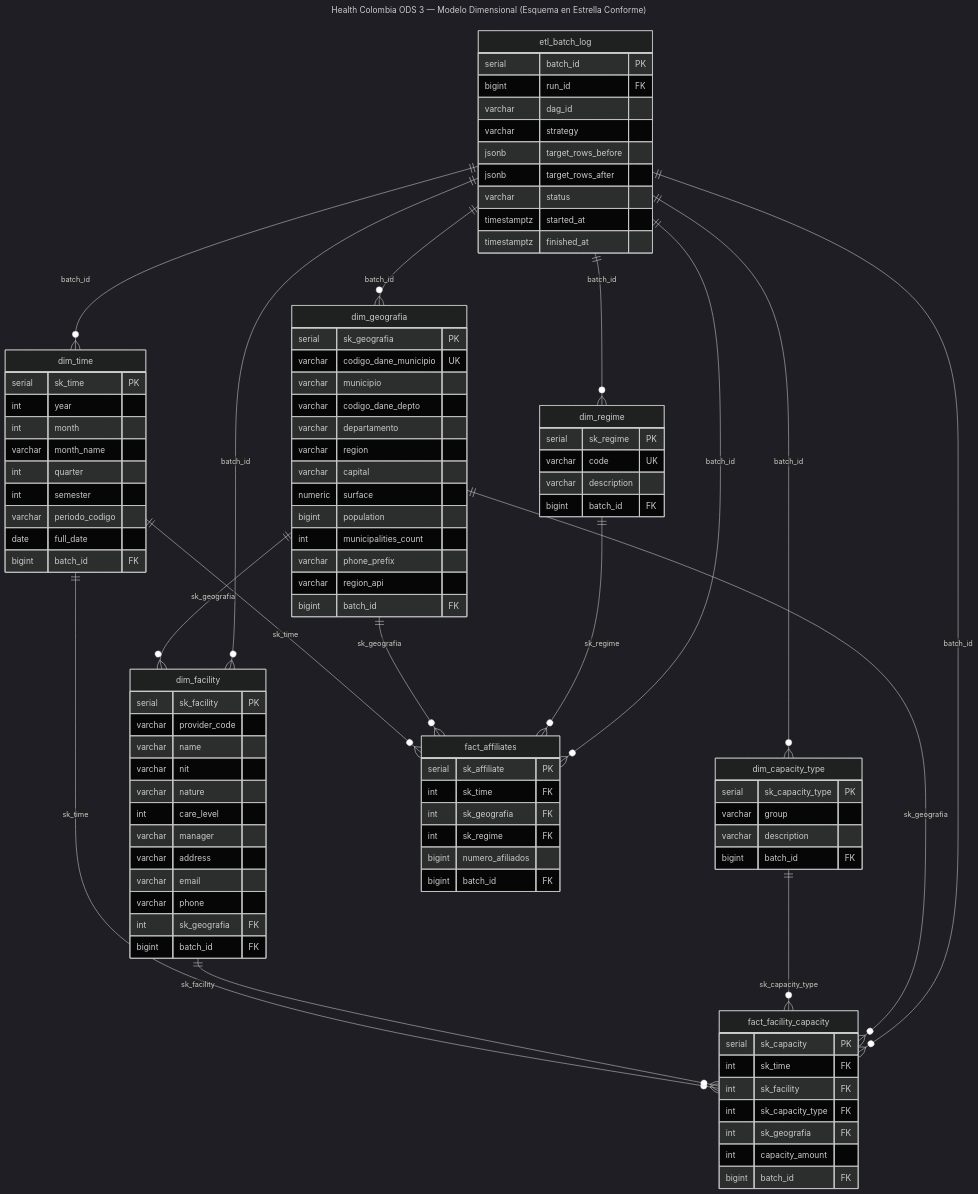
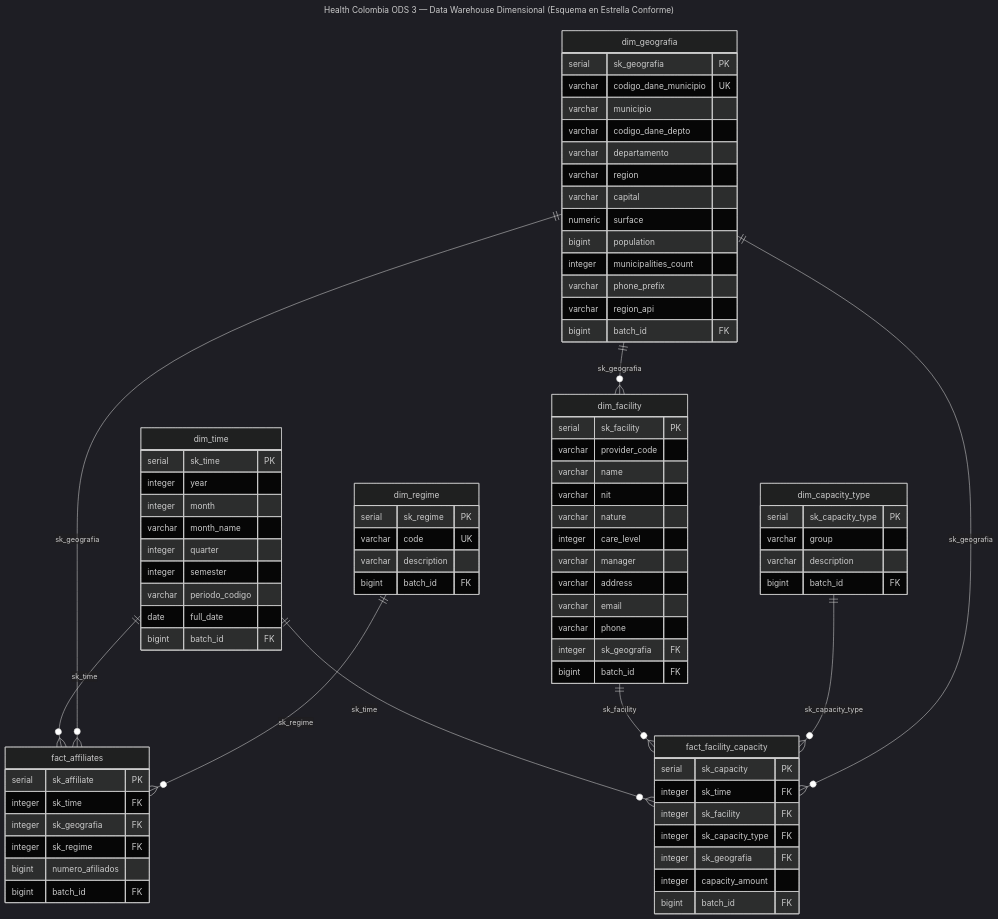
One commit to driosoft-pro/etl-2026-2-ods3-salud-api-gx-airflow changed the diagram in diagrams/star_schema.mmd. Above: the diagram before and after it, drawn with Mermaid (dark theme). The commit also changed 1981 other files, not shown here.

```diff
--- a/diagrams/star_schema.mmd
+++ b/diagrams/star_schema.mmd
@@ -1,110 +1,90 @@
 ---
-title: Health Colombia ODS 3 — Modelo Dimensional (Esquema en Estrella Conforme)
+title: Health Colombia ODS 3 — Data Warehouse Dimensional (Esquema en Estrella Conforme)
 ---
 erDiagram
+    dim_time ||--o{ fact_affiliates : "sk_time"
+    dim_geografia ||--o{ fact_affiliates : "sk_geografia"
+    dim_regime ||--o{ fact_affiliates : "sk_regime"
+
+    dim_time ||--o{ fact_facility_capacity : "sk_time"
+    dim_facility ||--o{ fact_facility_capacity : "sk_facility"
+    dim_capacity_type ||--o{ fact_facility_capacity : "sk_capacity_type"
+    dim_geografia ||--o{ fact_facility_capacity : "sk_geografia"
+
+    dim_geografia ||--o{ dim_facility : "sk_geografia"
+
     dim_time {
         serial sk_time PK
-        int year
-        int month
+        integer year
+        integer month
         varchar month_name
-        int quarter
-        int semester
+        integer quarter
+        integer semester
         varchar periodo_codigo
         date full_date
         bigint batch_id FK
     }
 
     dim_geografia {
         serial sk_geografia PK
         varchar codigo_dane_municipio UK
         varchar municipio
         varchar codigo_dane_depto
         varchar departamento
         varchar region
         varchar capital
         numeric surface
         bigint population
-        int municipalities_count
+        integer municipalities_count
         varchar phone_prefix
         varchar region_api
         bigint batch_id FK
     }
 
     dim_regime {
         serial sk_regime PK
         varchar code UK
         varchar description
         bigint batch_id FK
     }
 
     dim_facility {
         serial sk_facility PK
         varchar provider_code
         varchar name
         varchar nit
         varchar nature
-        int care_level
+        integer care_level
         varchar manager
         varchar address
         varchar email
         varchar phone
-        int sk_geografia FK
+        integer sk_geografia FK
         bigint batch_id FK
     }
 
     dim_capacity_type {
         serial sk_capacity_type PK
         varchar group
         varchar description
         bigint batch_id FK
     }
 
     fact_affiliates {
         serial sk_affiliate PK
-        int sk_time FK
-        int sk_geografia FK
-        int sk_regime FK
+        integer sk_time FK
+        integer sk_geografia FK
+        integer sk_regime FK
         bigint numero_afiliados
         bigint batch_id FK
     }
 
     fact_facility_capacity {
         serial sk_capacity PK
-        int sk_time FK
-        int sk_facility FK
-        int sk_capacity_type FK
-        int sk_geografia FK
-        int capacity_amount
+        integer sk_time FK
+        integer sk_facility FK
+        integer sk_capacity_type FK
+        integer sk_geografia FK
+        integer capacity_amount
         bigint batch_id FK
     }
-
-    etl_batch_log {
-        serial batch_id PK
-        bigint run_id FK
-        varchar dag_id
-        varchar strategy
-        jsonb target_rows_before
-        jsonb target_rows_after
-        varchar status
-        timestamptz started_at
-        timestamptz finished_at
-    }
-
-    dim_time ||--o{ fact_affiliates : "sk_time"
-    dim_geografia ||--o{ fact_affiliates : "sk_geografia"
-    dim_regime ||--o{ fact_affiliates : "sk_regime"
-
-    dim_time ||--o{ fact_facility_capacity : "sk_time"
-    dim_facility ||--o{ fact_facility_capacity : "sk_facility"
-    dim_capacity_type ||--o{ fact_facility_capacity : "sk_capacity_type"
-    dim_geografia ||--o{ fact_facility_capacity : "sk_geografia"
-
-    dim_geografia ||--o{ dim_facility : "sk_geografia"
-
-    etl_batch_log ||--o{ dim_time : "batch_id"
-    etl_batch_log ||--o{ dim_geografia : "batch_id"
-    etl_batch_log ||--o{ dim_regime : "batch_id"
-    etl_batch_log ||--o{ dim_facility : "batch_id"
-    etl_batch_log ||--o{ dim_capacity_type : "batch_id"
-    etl_batch_log ||--o{ fact_affiliates : "batch_id"
-    etl_batch_log ||--o{ fact_facility_capacity : "batch_id"
```
